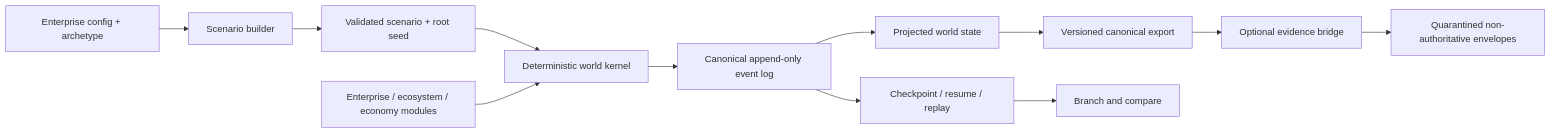
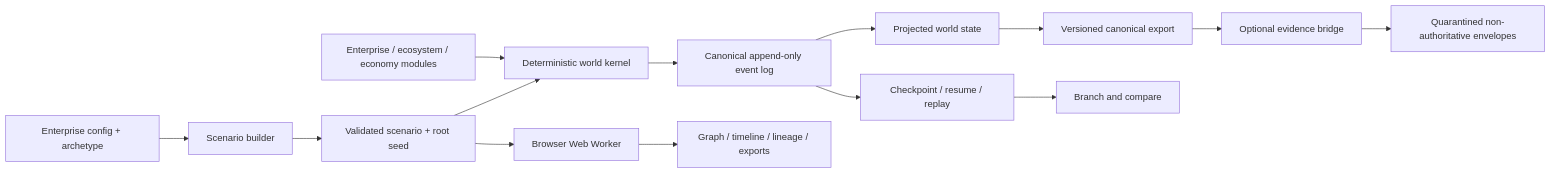
The diagram in README.md (thedanieltan/aether-simulator), drawn with Mermaid before and after one commit. The commit also changed other lines of this file and 51 other files, not shown here.

First line of the commit message:
feat: add public browser simulation studio (#4)

````diff
--- a/README.md
+++ b/README.md
@@ -82,14 +97,16 @@
 ```mermaid
 flowchart LR
   Config["Enterprise config + archetype"] --> Builder["Scenario builder"]
   Builder --> Scenario["Validated scenario + root seed"]
   Scenario --> Kernel["Deterministic world kernel"]
   Modules["Enterprise / ecosystem / economy modules"] --> Kernel
   Kernel --> Events["Canonical append-only event log"]
   Events --> Projection["Projected world state"]
   Projection --> Export["Versioned canonical export"]
   Events --> Checkpoint["Checkpoint / resume / replay"]
   Checkpoint --> Branch["Branch and compare"]
   Export --> Bridge["Optional evidence bridge"]
   Bridge --> Evidence["Quarantined non-authoritative envelopes"]
+  Scenario --> Worker["Browser Web Worker"]
+  Worker --> Studio["Graph / timeline / lineage / exports"]
 ```
````
